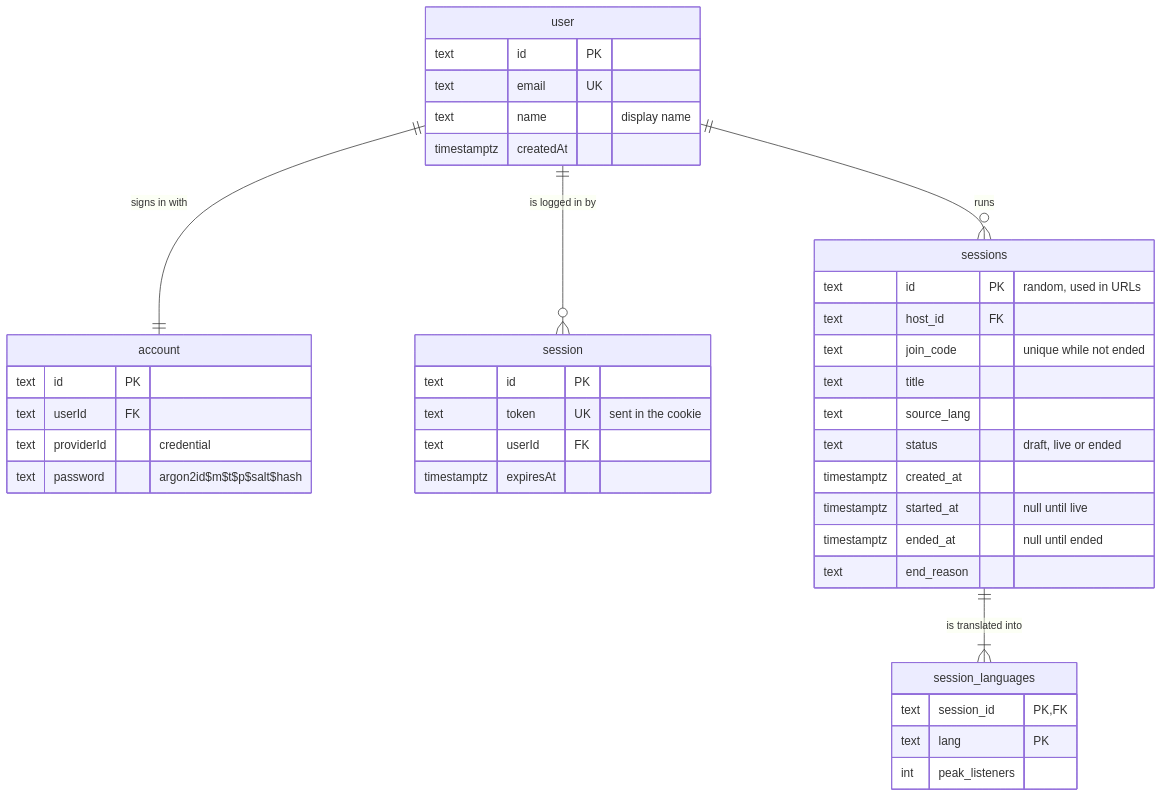
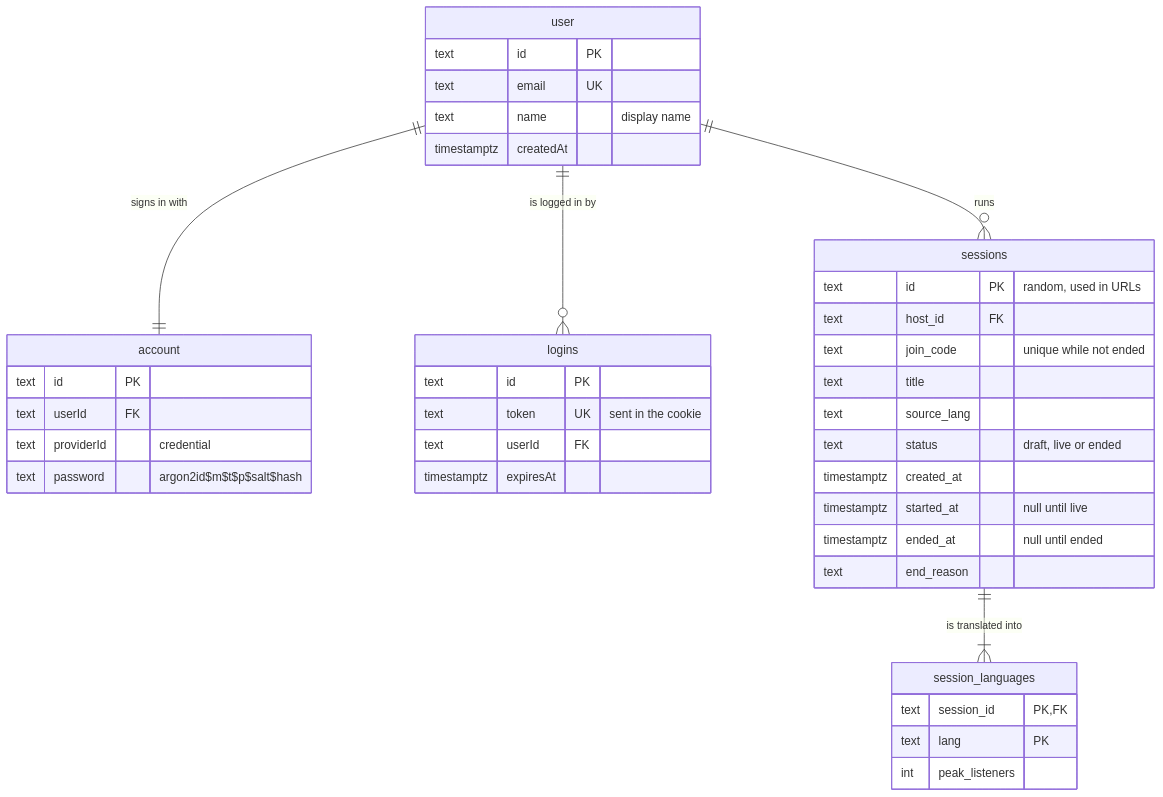
The third of 3 diagrams in docs/architecture.md (WH1TE-SHAD0W/ai-dubbing-studio), drawn with Mermaid before and after one commit. The commit also changed other lines of this file, not shown here.

First line of the commit message:
docs: rename Better Auth's session table to logins (YGP-11)

````diff
--- a/docs/architecture.md
+++ b/docs/architecture.md
@@ -65,43 +66,43 @@
 ```mermaid
 erDiagram
   user ||--|| account : "signs in with"
-  user ||--o{ session : "is logged in by"
+  user ||--o{ logins : "is logged in by"
   user ||--o{ sessions : runs
   sessions ||--|{ session_languages : "is translated into"
 
   user {
     text id PK
     text email UK
     text name "display name"
     timestamptz createdAt
   }
   account {
     text id PK
     text userId FK
     text providerId "credential"
     text password "argon2id$m$t$p$salt$hash"
   }
-  session {
+  logins {
     text id PK
     text token UK "sent in the cookie"
     text userId FK
     timestamptz expiresAt
   }
   sessions {
     text id PK "random, used in URLs"
     text host_id FK
     text join_code "unique while not ended"
     text title
     text source_lang
     text status "draft, live or ended"
     timestamptz created_at
     timestamptz started_at "null until live"
     timestamptz ended_at "null until ended"
     text end_reason
   }
   session_languages {
     text session_id PK, FK
     text lang PK
     int peak_listeners
   }
 ```
````
